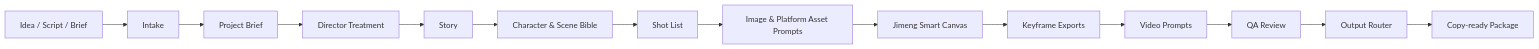
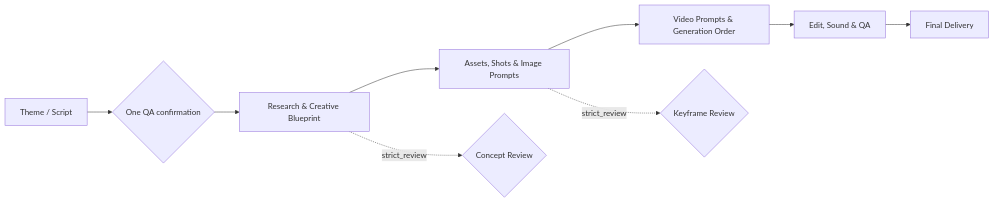
One commit to baichou6320-cpu/AI-Animation-Director changed the diagram in README.md. Above: the diagram before and after it, drawn with Mermaid. The commit also changed other lines of this file and 116 other files, not shown here.

````diff
--- a/README.md
+++ b/README.md
@@ -220,16 +276,11 @@
 ```mermaid
 flowchart LR
-    A["Idea / Script / Brief"] --> B["Intake"]
-    B --> C["Project Brief"]
-    C --> D["Director Treatment"]
-    D --> E["Story"]
-    E --> F["Character & Scene Bible"]
-    F --> G["Shot List"]
-    G --> H["Image & Platform Asset Prompts"]
-    H --> I["Jimeng Smart Canvas"]
-    I --> J["Keyframe Exports"]
-    J --> K["Video Prompts"]
-    K --> L["QA Review"]
-    L --> M["Output Router"]
-    M --> N["Copy-ready Package"]
+    A["Theme / Script"] --> B{"One QA confirmation"}
+    B --> C["Research & Creative Blueprint"]
+    C --> D["Assets, Shots & Image Prompts"]
+    D --> E["Video Prompts & Generation Order"]
+    E --> F["Edit, Sound & QA"]
+    F --> G["Final Delivery"]
+    C -. strict_review .-> H{"Concept Review"}
+    D -. strict_review .-> I{"Keyframe Review"}
 ```
````
